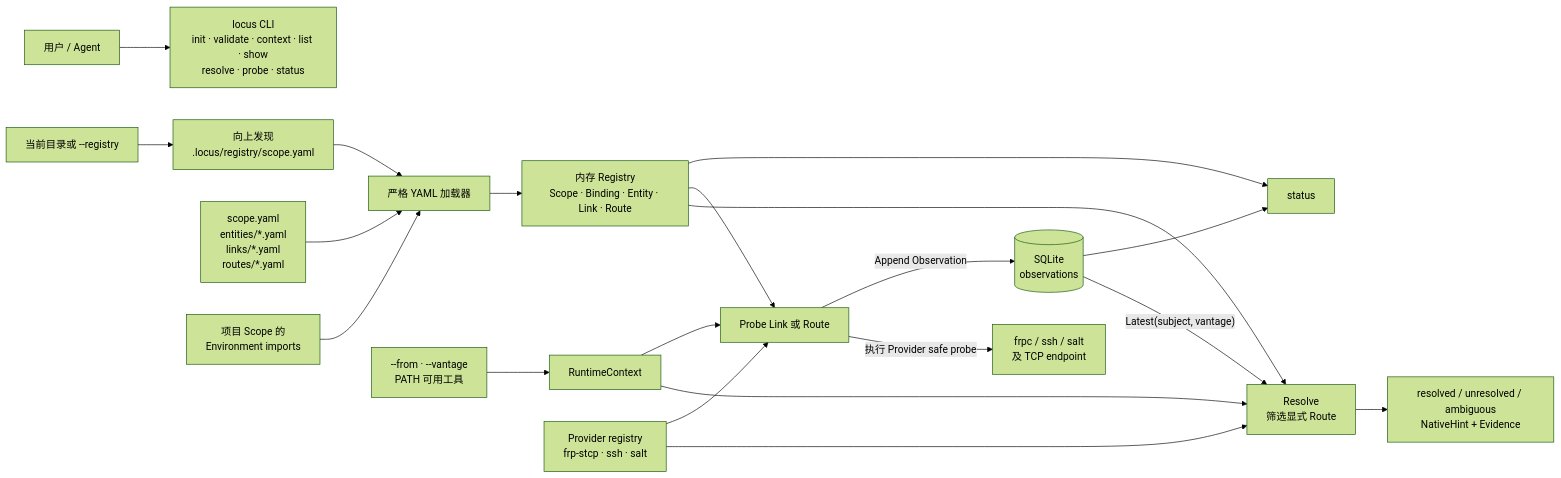
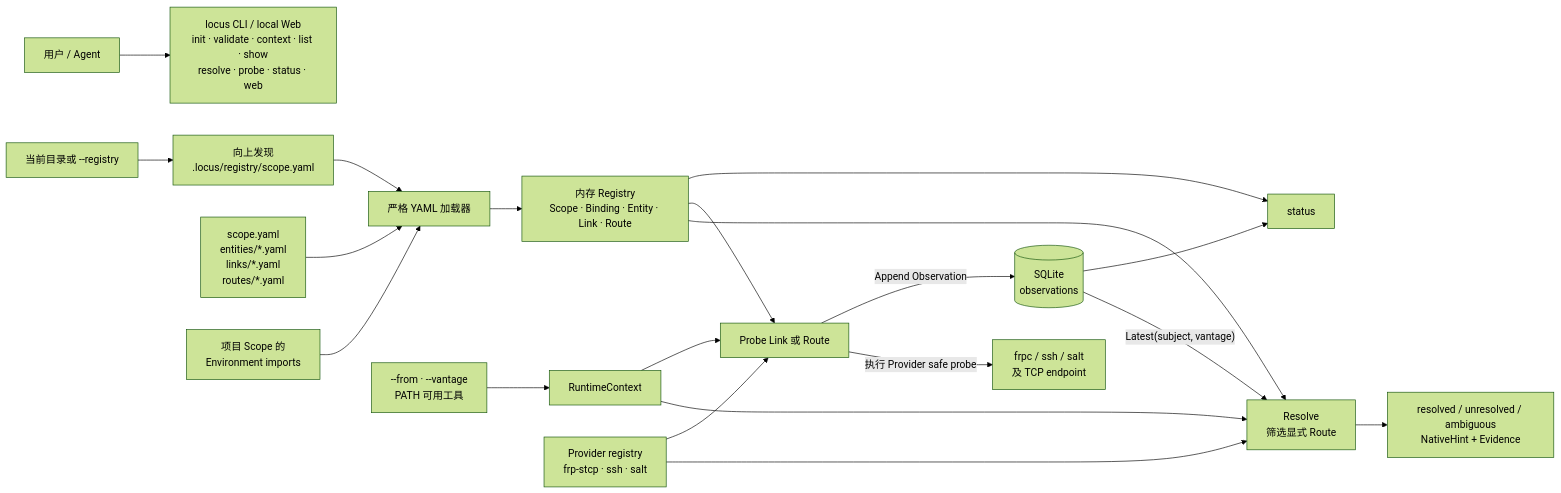
Before and after one commit to SWdrift/locus-link: the first of 2 diagrams in documents/current-architecture.md, drawn with Mermaid (forest theme). The commit also changed other lines of this file and 31 other files, not shown here.

````diff
--- a/documents/current-architecture.md
+++ b/documents/current-architecture.md
@@ -9,25 +9,25 @@
 ```mermaid
 flowchart LR
-    User["用户 / Agent"] --> CLI["locus CLI<br/>init · validate · context · list · show<br/>resolve · probe · status"]
+    User["用户 / Agent"] --> CLI["locus CLI / local Web<br/>init · validate · context · list · show<br/>resolve · probe · status · web"]
 
     CWD["当前目录或 --registry"] --> Discover["向上发现<br/>.locus/registry/scope.yaml"]
     Discover --> Loader["严格 YAML 加载器"]
     YAML["scope.yaml<br/>entities/*.yaml<br/>links/*.yaml<br/>routes/*.yaml"] --> Loader
     Imports["项目 Scope 的<br/>Environment imports"] --> Loader
     Loader --> Registry["内存 Registry<br/>Scope · Binding · Entity · Link · Route"]
 
     Flags["--from · --vantage<br/>PATH 可用工具"] --> Runtime["RuntimeContext"]
     Registry --> Resolve["Resolve<br/>筛选显式 Route"]
     Runtime --> Resolve
     Providers["Provider registry<br/>frp-stcp · ssh · salt"] --> Resolve
     SQLite[("SQLite<br/>observations")] -->|"Latest(subject, vantage)"| Resolve
     Resolve --> Result["resolved / unresolved / ambiguous<br/>NativeHint + Evidence"]
 
     Registry --> Probe["Probe Link 或 Route"]
     Runtime --> Probe
     Providers --> Probe
     Probe -->|"执行 Provider safe probe"| Tools["frpc / ssh / salt<br/>及 TCP endpoint"]
     Probe -->|"Append Observation"| SQLite
     SQLite --> Status["status"]
     Registry --> Status
 ```
````
